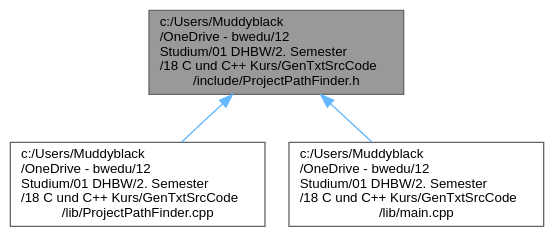
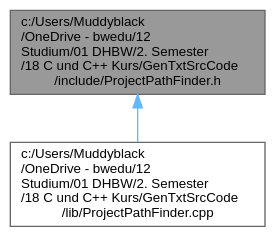
The diagram in _project_path_finder_8h__dep__incl.dot (Muddyblack/Cpp_Project), drawn with Graphviz before and after one commit. The commit also changed 194 other files, not shown here.

```diff
--- a/_project_path_finder_8h__dep__incl.dot
+++ b/_project_path_finder_8h__dep__incl.dot
@@ -1,12 +1,10 @@
 digraph "c:/Users/Muddyblack/OneDrive - bwedu/12 Studium/01 DHBW/2. Semester/18 C und C++ Kurs/GenTxtSrcCode/include/ProjectPathFinder.h"
 {
  // LATEX_PDF_SIZE
   bgcolor="transparent";
   edge [fontname=Helvetica,fontsize=10,labelfontname=Helvetica,labelfontsize=10];
   node [fontname=Helvetica,fontsize=10,shape=box,height=0.2,width=0.4];
   Node1 [id="Node000001",label="c:/Users/Muddyblack\l/OneDrive - bwedu/12\l Studium/01 DHBW/2. Semester\l/18 C und C++ Kurs/GenTxtSrcCode\l/include/ProjectPathFinder.h",height=0.2,width=0.4,color="gray40", fillcolor="grey60", style="filled", fontcolor="black",tooltip="Contains functions and classes for retrieving the project path."];
   Node1 -> Node2 [id="edge1_Node000001_Node000002",dir="back",color="steelblue1",style="solid",tooltip=" "];
   Node2 [id="Node000002",label="c:/Users/Muddyblack\l/OneDrive - bwedu/12\l Studium/01 DHBW/2. Semester\l/18 C und C++ Kurs/GenTxtSrcCode\l/lib/ProjectPathFinder.cpp",height=0.2,width=0.4,color="grey40", fillcolor="white", style="filled",URL="$_project_path_finder_8cpp.html",tooltip=" "];
-  Node1 -> Node3 [id="edge2_Node000001_Node000003",dir="back",color="steelblue1",style="solid",tooltip=" "];
-  Node3 [id="Node000003",label="c:/Users/Muddyblack\l/OneDrive - bwedu/12\l Studium/01 DHBW/2. Semester\l/18 C und C++ Kurs/GenTxtSrcCode\l/lib/main.cpp",height=0.2,width=0.4,color="grey40", fillcolor="white", style="filled",URL="$main_8cpp.html",tooltip="Main entry point for the Generating program. This program generates C/C++ code from text input files ..."];
 }
```
